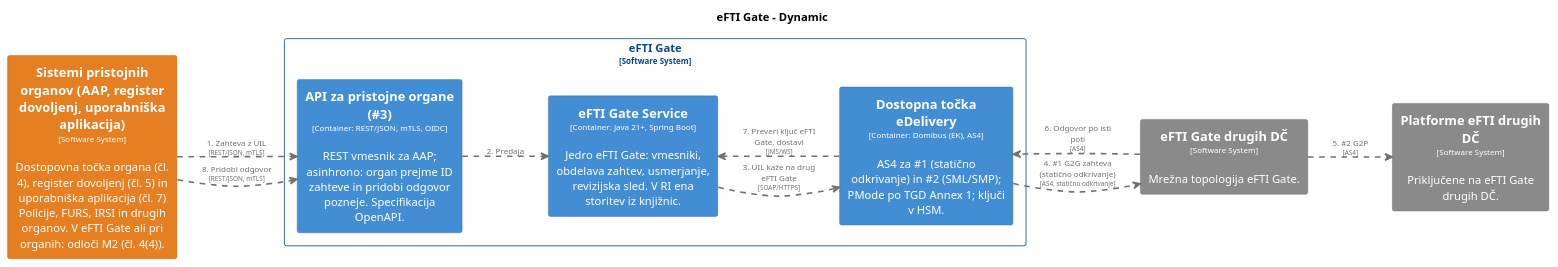
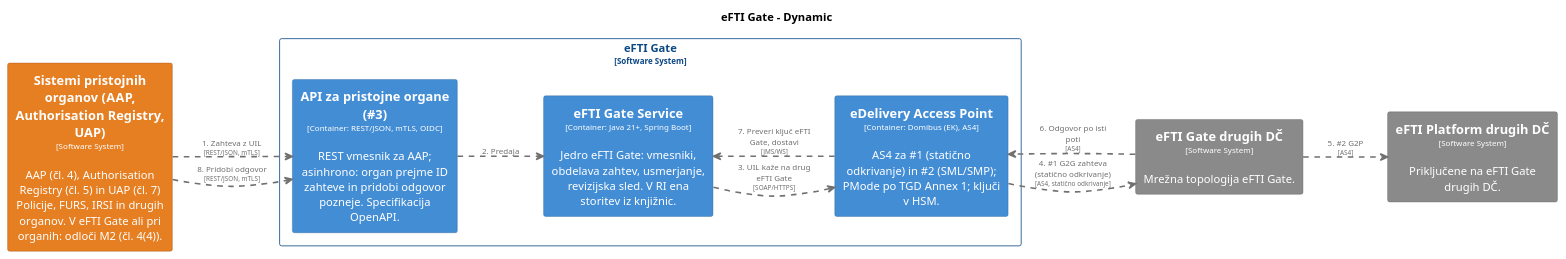
The diagram in architecture/diagrams/structurizr-D2-UIL-tuji-eFTI-Gate.puml (UM-KGPI/eFTI-Gate-SI), drawn with PlantUML before and after one commit. The commit also changed 38 other files, not shown here.

```diff
--- a/architecture/diagrams/structurizr-D2-UIL-tuji-eFTI-Gate.puml
+++ b/architecture/diagrams/structurizr-D2-UIL-tuji-eFTI-Gate.puml
@@ -1,78 +1,78 @@
 @startuml
 set separator none
 title eFTI Gate - Dynamic
 
 left to right direction
 skinparam ranksep 60
 skinparam nodesep 30
 
 skinparam {
   arrowFontSize 10
   defaultTextAlignment center
   wrapWidth 200
   maxMessageSize 100
 }
 
 hide stereotype
 
 skinparam rectangle<<eFTIGate.APIzapristojneorgane3>> {
   BackgroundColor #438dd5
   FontColor #ffffff
   BorderColor #2e6295
   shadowing false
 }
-skinparam rectangle<<eFTIGate.DostopnatočkaeDelivery>> {
+skinparam rectangle<<SistemipristojnihorganovAAPAuthorisationRegistryUAP>> {
+  BackgroundColor #e67e22
+  FontColor #ffffff
+  BorderColor #a15817
+  shadowing false
+}
+skinparam rectangle<<eFTIGate.eDeliveryAccessPoint>> {
   BackgroundColor #438dd5
   FontColor #ffffff
   BorderColor #2e6295
-  shadowing false
-}
-skinparam rectangle<<PlatformeeFTIdrugihDČ>> {
-  BackgroundColor #8a8a8a
-  FontColor #ffffff
-  BorderColor #606060
-  shadowing false
-}
-skinparam rectangle<<SistemipristojnihorganovAAPregisterdovoljenjuporabniškaaplikacija>> {
-  BackgroundColor #e67e22
-  FontColor #ffffff
-  BorderColor #a15817
   shadowing false
 }
 skinparam rectangle<<eFTIGate.eFTIGateService>> {
   BackgroundColor #438dd5
   FontColor #ffffff
   BorderColor #2e6295
   shadowing false
 }
 skinparam rectangle<<eFTIGatedrugihDČ>> {
   BackgroundColor #8a8a8a
   FontColor #ffffff
   BorderColor #606060
   shadowing false
 }
+skinparam rectangle<<eFTIPlatformdrugihDČ>> {
+  BackgroundColor #8a8a8a
+  FontColor #ffffff
+  BorderColor #606060
+  shadowing false
+}
 skinparam rectangle<<eFTIGate>> {
   BorderColor #0b4884
   FontColor #0b4884
   shadowing false
 }
 
 rectangle "eFTI Gate\n<size:10>[Software System]</size>" <<eFTIGate>> {
   rectangle "==API za pristojne organe (#3)\n<size:10>[Container: REST/JSON, mTLS, OIDC]</size>\n\nREST vmesnik za AAP; asinhrono: organ prejme ID zahteve in pridobi odgovor pozneje. Specifikacija OpenAPI." <<eFTIGate.APIzapristojneorgane3>> as eFTIGate.APIzapristojneorgane3
-  rectangle "==Dostopna točka eDelivery\n<size:10>[Container: Domibus (EK), AS4]</size>\n\nAS4 za #1 (statično odkrivanje) in #2 (SML/SMP); PMode po TGD Annex 1; ključi v HSM." <<eFTIGate.DostopnatočkaeDelivery>> as eFTIGate.DostopnatočkaeDelivery
+  rectangle "==eDelivery Access Point\n<size:10>[Container: Domibus (EK), AS4]</size>\n\nAS4 za #1 (statično odkrivanje) in #2 (SML/SMP); PMode po TGD Annex 1; ključi v HSM." <<eFTIGate.eDeliveryAccessPoint>> as eFTIGate.eDeliveryAccessPoint
   rectangle "==eFTI Gate Service\n<size:10>[Container: Java 21+, Spring Boot]</size>\n\nJedro eFTI Gate: vmesniki, obdelava zahtev, usmerjanje, revizijska sled. V RI ena storitev iz knjižnic." <<eFTIGate.eFTIGateService>> as eFTIGate.eFTIGateService
 }
 
-rectangle "==Sistemi pristojnih organov (AAP, register dovoljenj, uporabniška aplikacija)\n<size:10>[Software System]</size>\n\nDostopovna točka organa (čl. 4), register dovoljenj (čl. 5) in uporabniška aplikacija (čl. 7) Policije, FURS, IRSI in drugih organov. V eFTI Gate ali pri organih: odloči M2 (čl. 4(4))." <<SistemipristojnihorganovAAPregisterdovoljenjuporabniškaaplikacija>> as SistemipristojnihorganovAAPregisterdovoljenjuporabniškaaplikacija
+rectangle "==Sistemi pristojnih organov (AAP, Authorisation Registry, UAP)\n<size:10>[Software System]</size>\n\nAAP (čl. 4), Authorisation Registry (čl. 5) in UAP (čl. 7) Policije, FURS, IRSI in drugih organov. V eFTI Gate ali pri organih: odloči M2 (čl. 4(4))." <<SistemipristojnihorganovAAPAuthorisationRegistryUAP>> as SistemipristojnihorganovAAPAuthorisationRegistryUAP
 rectangle "==eFTI Gate drugih DČ\n<size:10>[Software System]</size>\n\nMrežna topologija eFTI Gate." <<eFTIGatedrugihDČ>> as eFTIGatedrugihDČ
-rectangle "==Platforme eFTI drugih DČ\n<size:10>[Software System]</size>\n\nPriključene na eFTI Gate drugih DČ." <<PlatformeeFTIdrugihDČ>> as PlatformeeFTIdrugihDČ
+rectangle "==eFTI Platform drugih DČ\n<size:10>[Software System]</size>\n\nPriključene na eFTI Gate drugih DČ." <<eFTIPlatformdrugihDČ>> as eFTIPlatformdrugihDČ
 
-SistemipristojnihorganovAAPregisterdovoljenjuporabniškaaplikacija .[#707070,thickness=2].> eFTIGate.APIzapristojneorgane3 : "<color:#707070>1. Zahteva z UIL\n<color:#707070><size:8>[REST/JSON, mTLS]</size>"
+SistemipristojnihorganovAAPAuthorisationRegistryUAP .[#707070,thickness=2].> eFTIGate.APIzapristojneorgane3 : "<color:#707070>1. Zahteva z UIL\n<color:#707070><size:8>[REST/JSON, mTLS]</size>"
 eFTIGate.APIzapristojneorgane3 .[#707070,thickness=2].> eFTIGate.eFTIGateService : "<color:#707070>2. Predaja"
-eFTIGate.eFTIGateService .[#707070,thickness=2].> eFTIGate.DostopnatočkaeDelivery : "<color:#707070>3. UIL kaže na drug eFTI Gate\n<color:#707070><size:8>[SOAP/HTTPS]</size>"
-eFTIGate.DostopnatočkaeDelivery .[#707070,thickness=2].> eFTIGatedrugihDČ : "<color:#707070>4. #1 G2G zahteva (statično odkrivanje)\n<color:#707070><size:8>[AS4, statično odkrivanje]</size>"
-eFTIGatedrugihDČ .[#707070,thickness=2].> PlatformeeFTIdrugihDČ : "<color:#707070>5. #2 G2P\n<color:#707070><size:8>[AS4]</size>"
-eFTIGatedrugihDČ .[#707070,thickness=2].> eFTIGate.DostopnatočkaeDelivery : "<color:#707070>6. Odgovor po isti poti\n<color:#707070><size:8>[AS4]</size>"
-eFTIGate.DostopnatočkaeDelivery .[#707070,thickness=2].> eFTIGate.eFTIGateService : "<color:#707070>7. Preveri ključ eFTI Gate, dostavi\n<color:#707070><size:8>[JMS/WS]</size>"
-SistemipristojnihorganovAAPregisterdovoljenjuporabniškaaplikacija .[#707070,thickness=2].> eFTIGate.APIzapristojneorgane3 : "<color:#707070>8. Pridobi odgovor\n<color:#707070><size:8>[REST/JSON, mTLS]</size>"
+eFTIGate.eFTIGateService .[#707070,thickness=2].> eFTIGate.eDeliveryAccessPoint : "<color:#707070>3. UIL kaže na drug eFTI Gate\n<color:#707070><size:8>[SOAP/HTTPS]</size>"
+eFTIGate.eDeliveryAccessPoint .[#707070,thickness=2].> eFTIGatedrugihDČ : "<color:#707070>4. #1 G2G zahteva (statično odkrivanje)\n<color:#707070><size:8>[AS4, statično odkrivanje]</size>"
+eFTIGatedrugihDČ .[#707070,thickness=2].> eFTIPlatformdrugihDČ : "<color:#707070>5. #2 G2P\n<color:#707070><size:8>[AS4]</size>"
+eFTIGatedrugihDČ .[#707070,thickness=2].> eFTIGate.eDeliveryAccessPoint : "<color:#707070>6. Odgovor po isti poti\n<color:#707070><size:8>[AS4]</size>"
+eFTIGate.eDeliveryAccessPoint .[#707070,thickness=2].> eFTIGate.eFTIGateService : "<color:#707070>7. Preveri ključ eFTI Gate, dostavi\n<color:#707070><size:8>[JMS/WS]</size>"
+SistemipristojnihorganovAAPAuthorisationRegistryUAP .[#707070,thickness=2].> eFTIGate.APIzapristojneorgane3 : "<color:#707070>8. Pridobi odgovor\n<color:#707070><size:8>[REST/JSON, mTLS]</size>"
 @enduml
```
